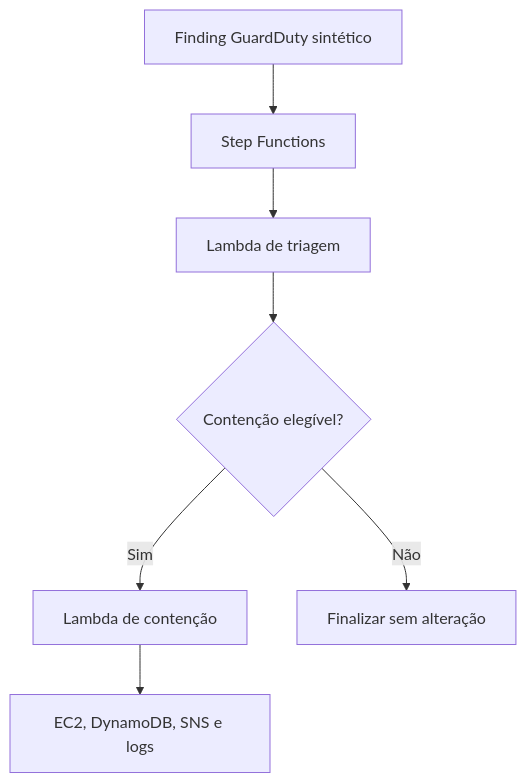
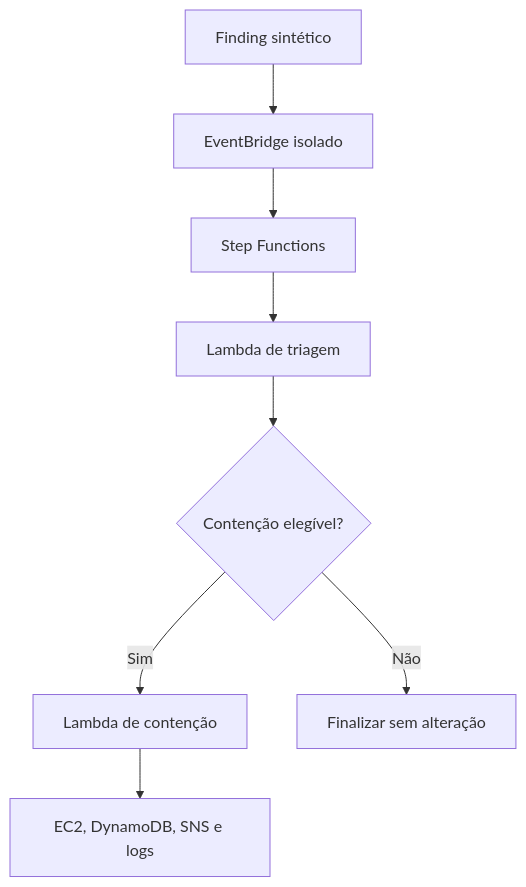
Before and after one commit to salenrod/aws-cloud-ir-automation-lab: the diagram in README.md, drawn with Mermaid. The commit also changed other lines of this file and 3 other files, not shown here.

Commit message:
feat: add EventBridge security event ingestion

````diff
--- a/README.md
+++ b/README.md
@@ -36,9 +38,10 @@
 ```mermaid
 flowchart TD
-    A["Finding GuardDuty sintético"] --> B["Step Functions"]
-    B --> C["Lambda de triagem"]
-    C --> D{"Contenção elegível?"}
-    D -->|Sim| E["Lambda de contenção"]
-    D -->|Não| F["Finalizar sem alteração"]
-    E --> G["EC2, DynamoDB, SNS e logs"]
+    A["Finding sintético"] --> B["EventBridge isolado"]
+    B --> C["Step Functions"]
+    C --> D["Lambda de triagem"]
+    D --> E{"Contenção elegível?"}
+    E -->|Sim| F["Lambda de contenção"]
+    E -->|Não| G["Finalizar sem alteração"]
+    F --> H["EC2, DynamoDB, SNS e logs"]
 ```
````
